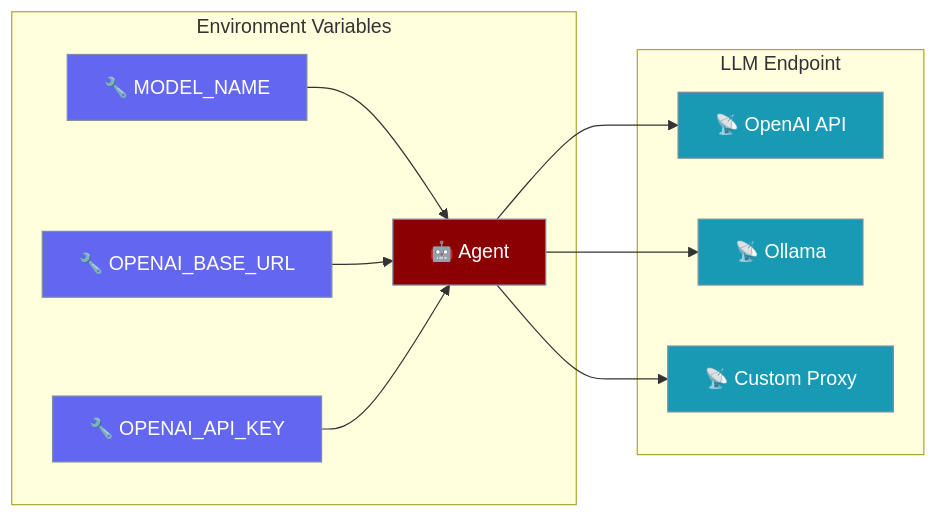
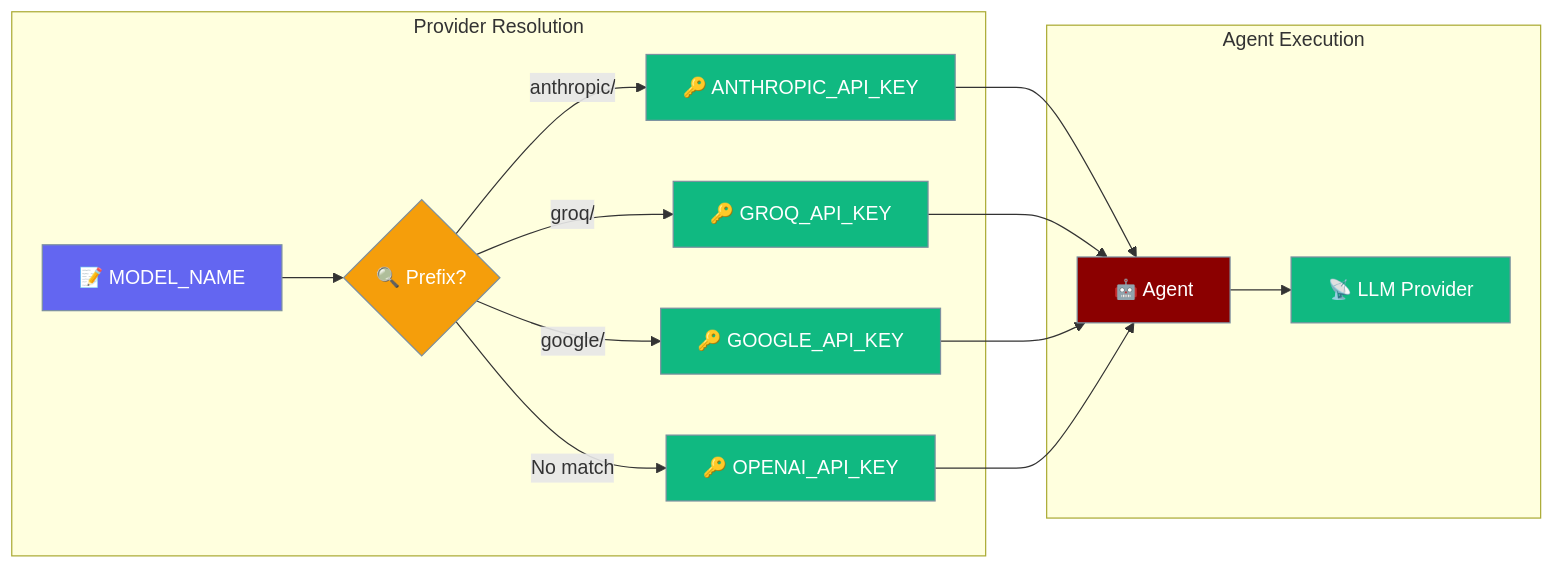
One commit to MervinPraison/PraisonAIDocs changed the first of 4 diagrams in docs/features/llm-endpoint-config.mdx. Above: the diagram before and after it, drawn with Mermaid. The commit also changed other lines of this file and 10 other files, not shown here.

First line of the commit message:
docs: update LLM endpoint, sandbox, and logging docs for PraisonAI PR #1867 (3 architectural fixes)

````diff
--- a/docs/features/llm-endpoint-config.mdx
+++ b/docs/features/llm-endpoint-config.mdx
@@ -10,22 +10,29 @@
 ```mermaid
 graph LR
-    subgraph "Environment Variables"
-        A[🔧 MODEL_NAME] --> E[🤖 Agent]
-        B[🔧 OPENAI_BASE_URL] --> E
-        C[🔧 OPENAI_API_KEY] --> E
+    subgraph "Provider Resolution"
+        A[📝 MODEL_NAME] --> B{🔍 Prefix?}
+        B -->|anthropic/| C[🔑 ANTHROPIC_API_KEY]
+        B -->|groq/| D[🔑 GROQ_API_KEY]
+        B -->|google/| E[🔑 GOOGLE_API_KEY]
+        B -->|No match| F[🔑 OPENAI_API_KEY]
     end
     
-    subgraph "LLM Endpoint"
-        E --> F[📡 OpenAI API]
-        E --> G[📡 Ollama]
-        E --> H[📡 Custom Proxy]
+    subgraph "Agent Execution"
+        C --> G[🤖 Agent]
+        D --> G
+        E --> G
+        F --> G
+        G --> H[📡 LLM Provider]
     end
     
     classDef env fill:#6366F1,stroke:#7C90A0,color:#fff
+    classDef decision fill:#F59E0B,stroke:#7C90A0,color:#fff
+    classDef resolved fill:#10B981,stroke:#7C90A0,color:#fff
     classDef agent fill:#8B0000,stroke:#7C90A0,color:#fff
-    classDef endpoint fill:#189AB4,stroke:#7C90A0,color:#fff
     
-    class A,B,C env
-    class E agent
-    class F,G,H endpoint
+    class A env
+    class B decision
+    class C,D,E,F resolved
+    class G agent
+    class H resolved
 ```
````
